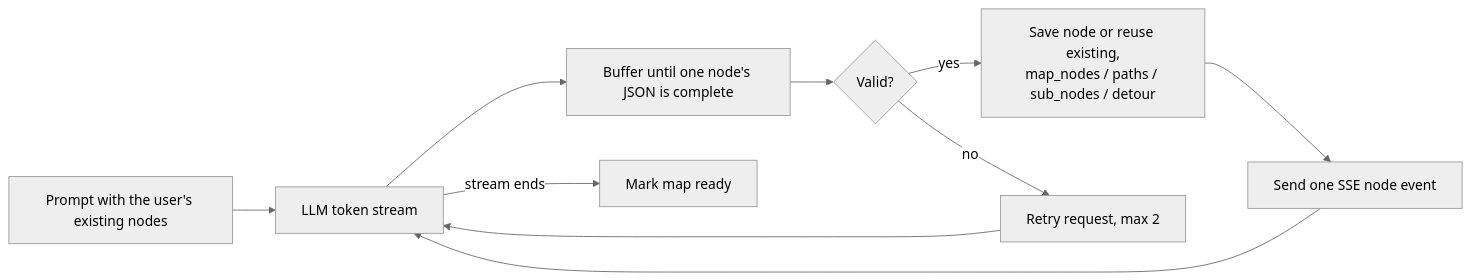
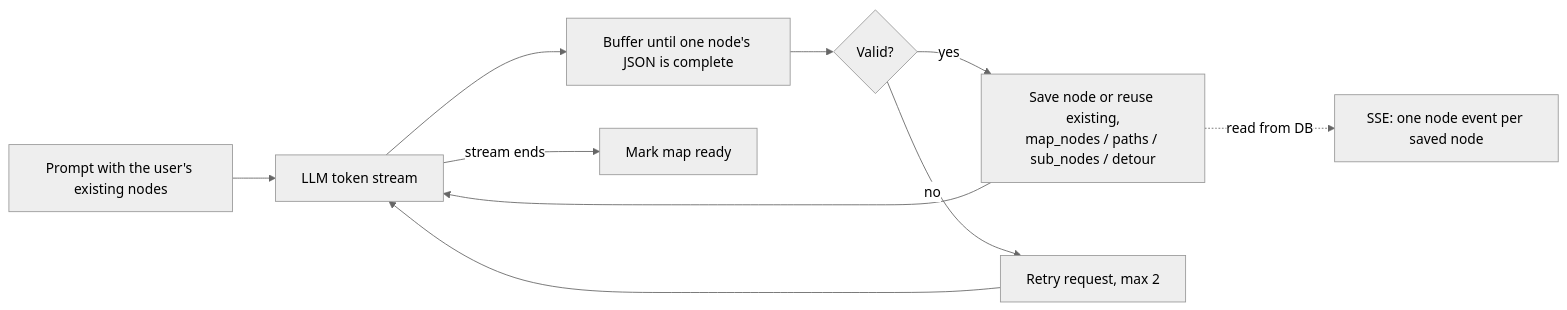
Before and after one commit to ryuma-1/Campass: the second of 2 diagrams in .claude/rules/code/backend.md, drawn with Mermaid (neutral theme). The commit also changed other lines of this file and 7 other files, not shown here.

````diff
--- a/.claude/rules/code/backend.md
+++ b/.claude/rules/code/backend.md
@@ -36,11 +36,11 @@
 ```mermaid
 graph LR
     P[Prompt with the user's existing nodes] --> A[LLM token stream]
     A --> B[Buffer until one node's JSON is complete]
     B --> C{Valid?}
     C -->|yes| D[Save node or reuse existing,<br/>map_nodes / paths / sub_nodes / detour]
     C -->|no| R[Retry request, max 2] --> A
-    D --> F[Send one SSE node event]
-    F --> A
+    D --> A
     A -->|stream ends| G[Mark map ready]
+    D -.->|read from DB| F[SSE: one node event per saved node]
 ```
````
